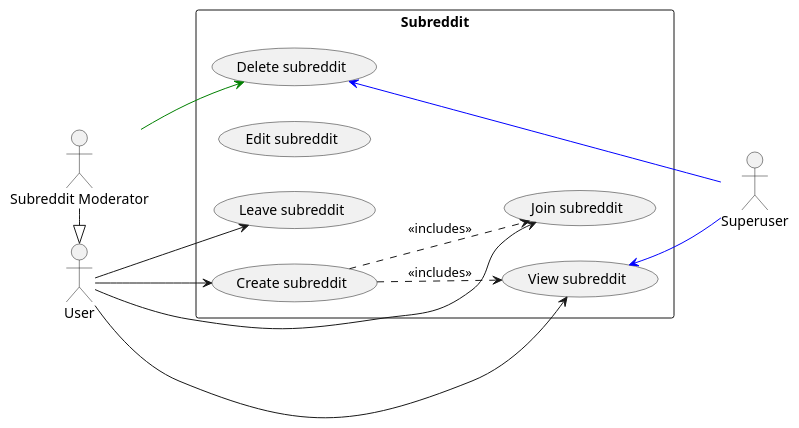
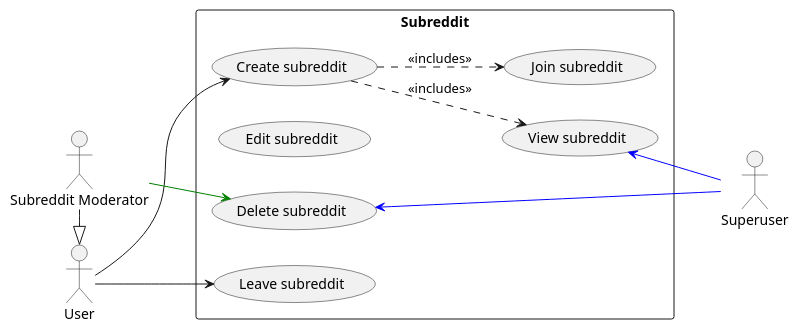
One commit to Huy-Ngo/reddit-design changed the diagram in use_case_subreddit.puml. Above: the diagram before and after it, drawn with PlantUML. The commit also changed 1 other file, not shown here.

```diff
--- a/use_case_subreddit.puml
+++ b/use_case_subreddit.puml
@@ -1,32 +1,30 @@
 @startuml
 skinparam packageStyle rectangle
 left to right direction
 actor "User" as user
 actor "Subreddit Moderator" as mod
 actor "Superuser" as su
 mod -|> user
 
 rectangle Subreddit as sub {
   usecase "Create subreddit" as sub_create
   usecase "View subreddit" as sub_read
   usecase "Edit subreddit" as sub_update
   usecase "Delete subreddit" as sub_delete
 
   usecase "Join subreddit" as sub_join
   usecase "Leave subreddit" as sub_leave
 }
 
 user --> sub_create
-user --> sub_read
-user --> sub_join
 user --> sub_leave
 
 mod -[#green]-> sub_delete
 
 sub_read    <-[#blue]- su
 sub_delete  <-[#blue]- su
 
 sub_create ..> sub_read : <<includes>>
 sub_create ..> sub_join : <<includes>>
 
 @enduml
```
